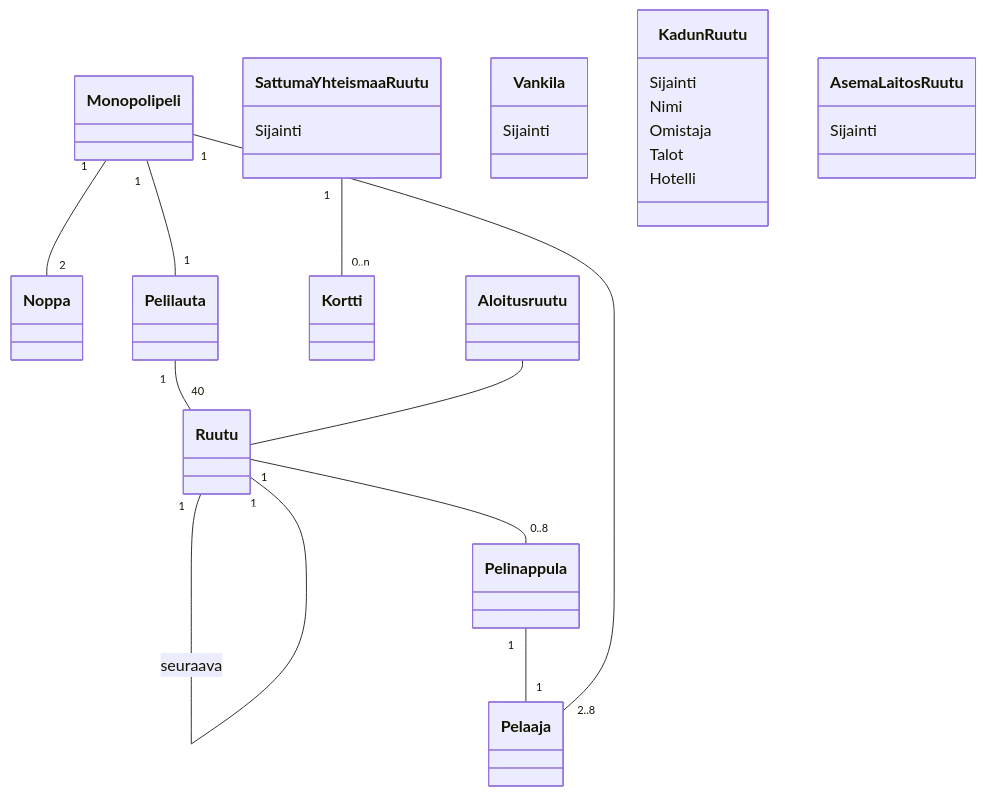
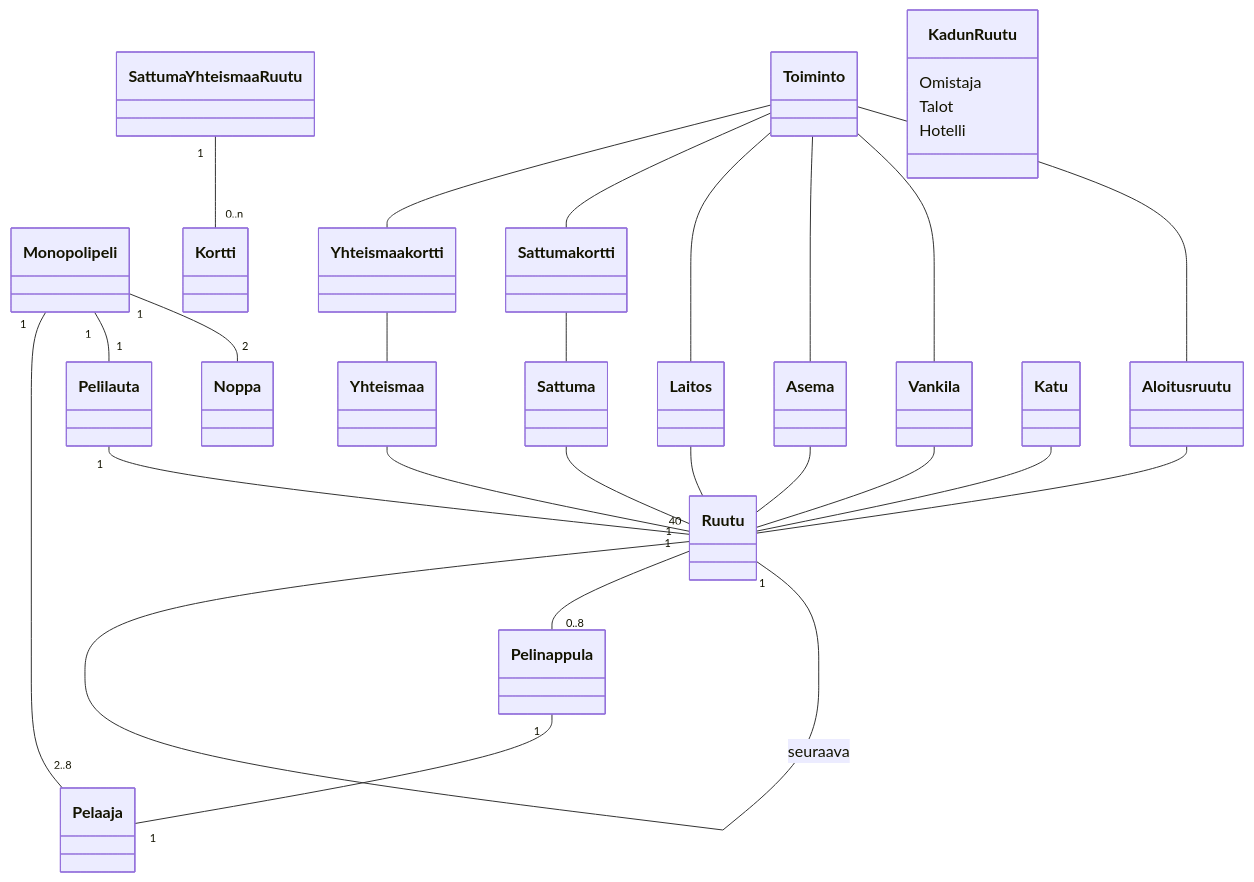
The diagram in laskarit/viikko3/kaavio.md (hannat1/ot-harjoitustyo), drawn with Mermaid before and after one commit.

````diff
--- a/laskarit/viikko3/kaavio.md
+++ b/laskarit/viikko3/kaavio.md
@@ -3,20 +3,30 @@
 ```mermaid
  classDiagram
     Monopolipeli "1" -- "2" Noppa
     Monopolipeli "1" -- "1" Pelilauta
     Pelilauta "1" -- "40" Ruutu
     Ruutu "1" -- "1" Ruutu : seuraava
     Ruutu "1" -- "0..8" Pelinappula
     Pelinappula "1" -- "1" Pelaaja
     Pelaaja "2..8" -- "1" Monopolipeli
     SattumaYhteismaaRuutu "1" -- "0..n" Kortti
     Aloitusruutu -- Ruutu
-    Vankila : Sijainti
-    SattumaYhteismaaRuutu : Sijainti
-    KadunRuutu : Sijainti
-    AsemaLaitosRuutu : Sijainti
-    KadunRuutu : Nimi
+    Vankila -- Ruutu
+    Sattuma -- Ruutu
+    Yhteismaa -- Ruutu
+    Asema -- Ruutu
+    Laitos -- Ruutu
+    Katu -- Ruutu
+    Sattumakortti -- Sattuma
+    Yhteismaakortti -- Yhteismaa
+    Toiminto -- Aloitusruutu
+    Toiminto -- Vankila
+    Toiminto -- Asema
+    Toiminto -- Laitos
+    Toiminto -- Sattumakortti
+    Toiminto -- Yhteismaakortti
+
     KadunRuutu : Omistaja
     KadunRuutu : Talot
     KadunRuutu : Hotelli
 ```
````
